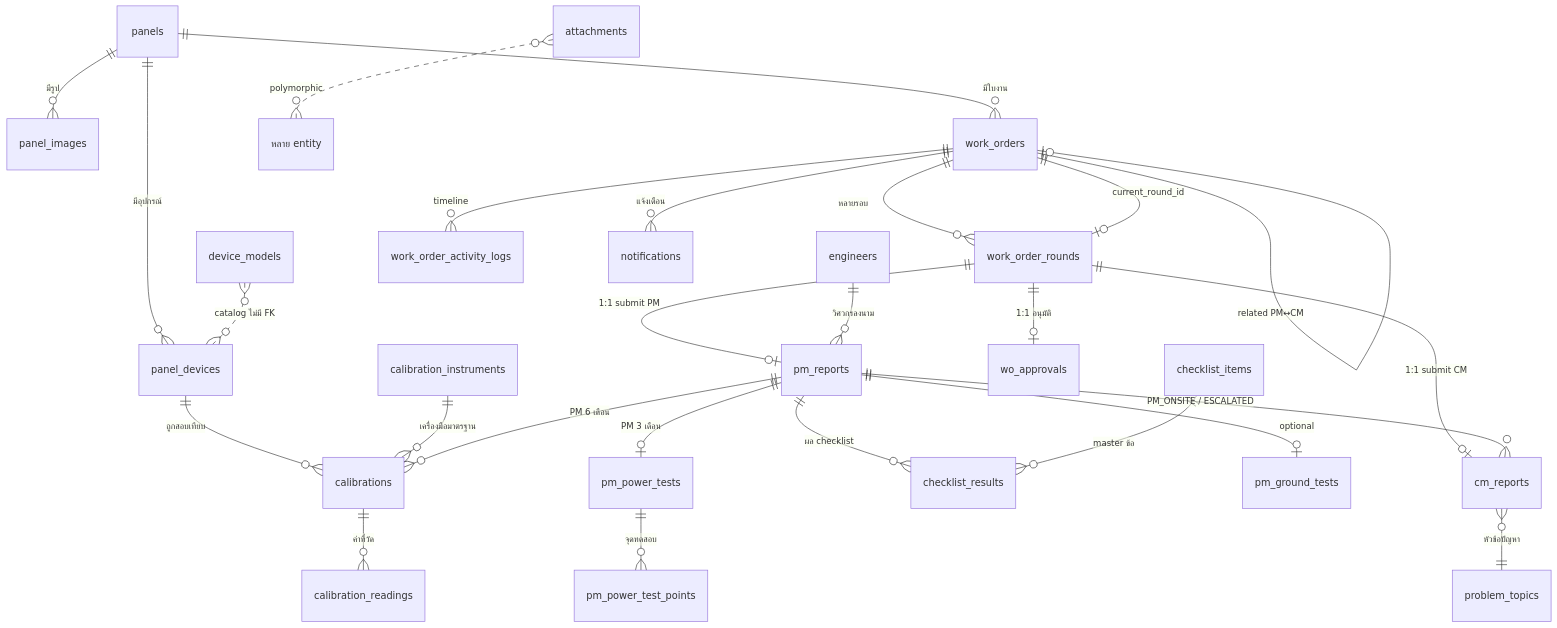
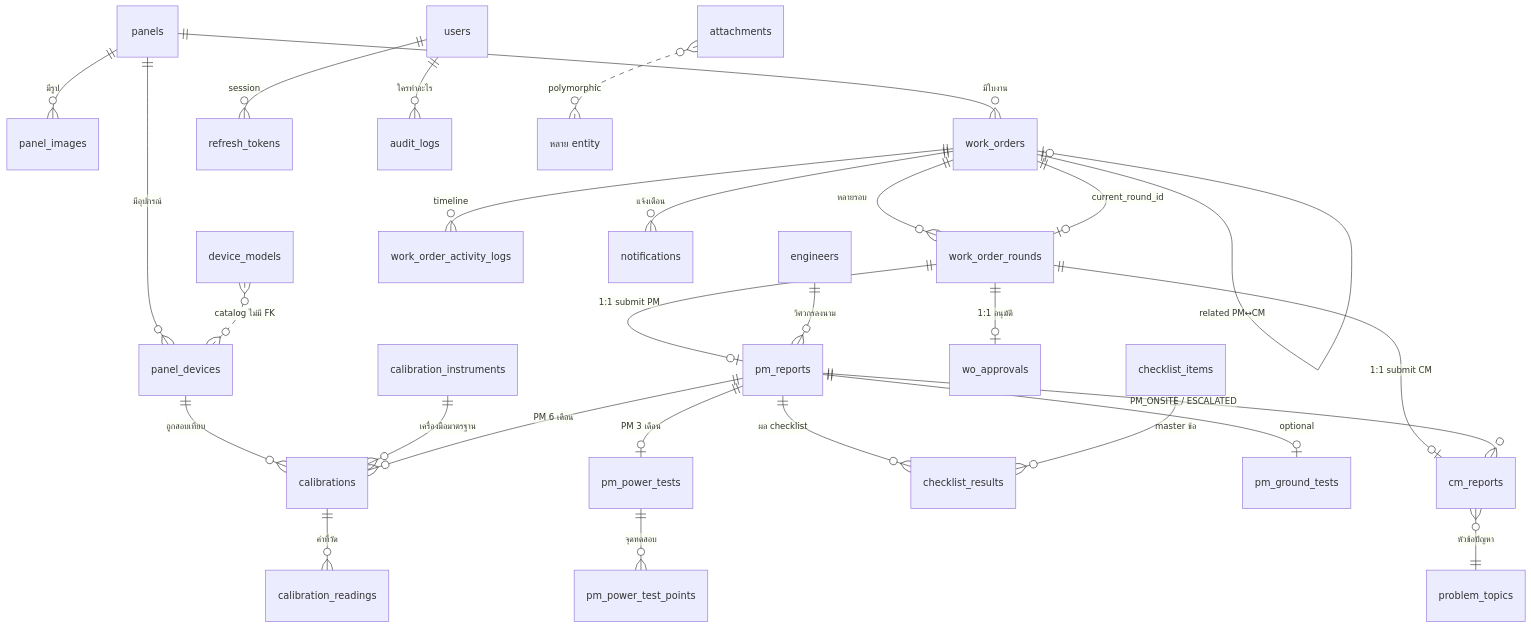
Before and after one commit to jiraphorn-ccm/mwa-ops-rtu-api: the diagram in doc/rtu-database-relationships-and-logic.md, drawn with Mermaid. The commit also changed other lines of this file and 58 other files, not shown here.

````diff
--- a/doc/rtu-database-relationships-and-logic.md
+++ b/doc/rtu-database-relationships-and-logic.md
@@ -36,35 +36,37 @@
 ```mermaid
 erDiagram
     panels ||--o{ panel_devices : "มีอุปกรณ์"
     panels ||--o{ panel_images : "มีรูป"
     panels ||--o{ work_orders : "มีใบงาน"
 
     device_models }o..o{ panel_devices : "catalog ไม่มี FK"
 
     panel_devices ||--o{ calibrations : "ถูกสอบเทียบ"
     calibration_instruments ||--o{ calibrations : "เครื่องมือมาตรฐาน"
     calibrations ||--o{ calibration_readings : "ค่าที่วัด"
 
     work_orders ||--o{ work_order_rounds : "หลายรอบ"
     work_orders ||--o| work_order_rounds : "current_round_id"
     work_orders ||--o{ work_order_activity_logs : "timeline"
     work_orders ||--o{ notifications : "แจ้งเตือน"
     work_orders ||--o| work_orders : "related PM↔CM"
 
     work_order_rounds ||--o| pm_reports : "1:1 submit PM"
     work_order_rounds ||--o| cm_reports : "1:1 submit CM"
     work_order_rounds ||--o| wo_approvals : "1:1 อนุมัติ"
 
     pm_reports ||--o{ checklist_results : "ผล checklist"
     checklist_items ||--o{ checklist_results : "master ข้อ"
     pm_reports ||--o| pm_ground_tests : "optional"
     pm_reports ||--o| pm_power_tests : "PM 3 เดือน"
     pm_power_tests ||--o{ pm_power_test_points : "จุดทดสอบ"
     pm_reports ||--o{ calibrations : "PM 6 เดือน"
 
     cm_reports }o--|| problem_topics : "หัวข้อปัญหา"
     pm_reports ||--o{ cm_reports : "PM_ONSITE / ESCALATED"
 
     engineers ||--o{ pm_reports : "วิศวกรลงนาม"
+    users ||--o{ refresh_tokens : "session"
+    users ||--o{ audit_logs : "ใครทำอะไร"
     attachments }o..o{ "หลาย entity" : "polymorphic"
 ```
````
